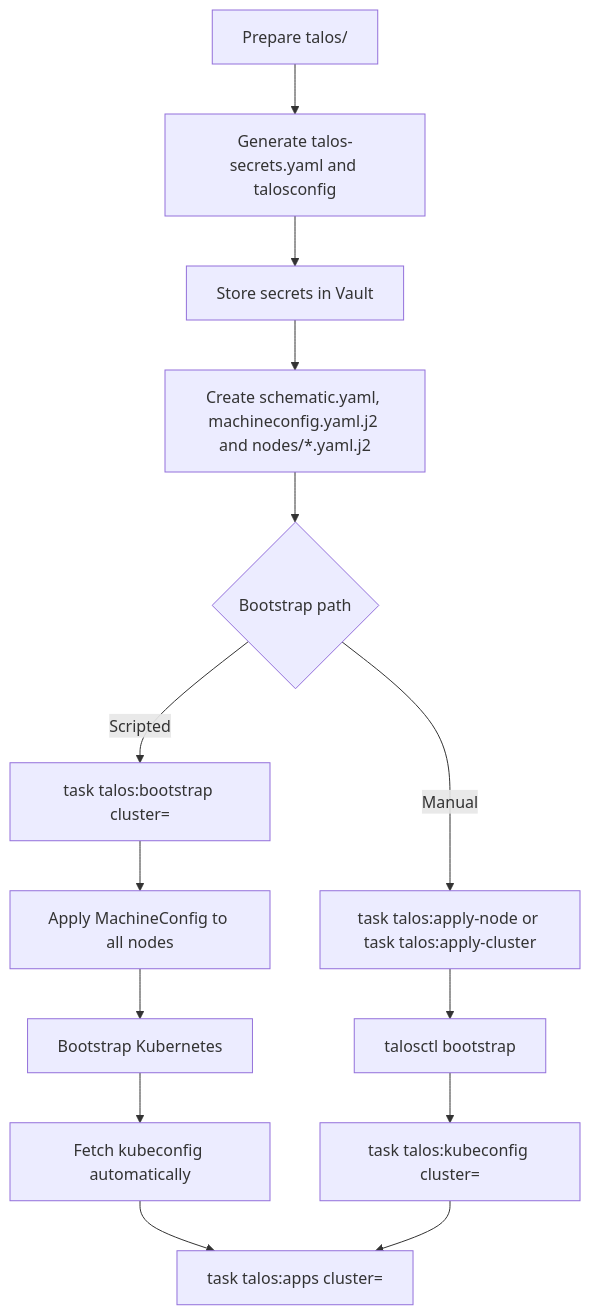
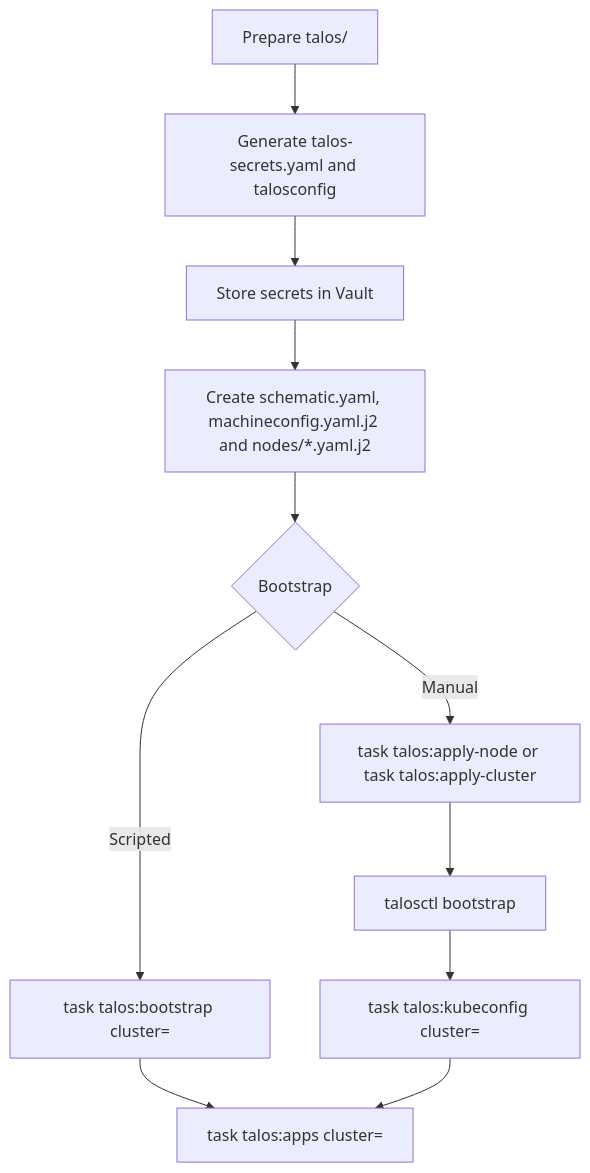
One commit to sstr-dev/infrastructure changed the diagram in talos/README.md. Above: the diagram before and after it, drawn with Mermaid.

Commit message:
simplify flowchart

````diff
--- a/talos/README.md
+++ b/talos/README.md
@@ -119,16 +119,13 @@
 ```mermaid
 flowchart TD
     A[Prepare talos/<cluster>] --> B[Generate talos-secrets.yaml and talosconfig]
     B --> C[Store secrets in Vault]
     C --> D[Create schematic.yaml, machineconfig.yaml.j2 and nodes/*.yaml.j2]
-    D --> E{Bootstrap path}
+    D --> E{Bootstrap}
     E -->|Scripted| F[task talos:bootstrap cluster=<cluster>]
-    F --> G[Apply MachineConfig to all nodes]
-    G --> H[Bootstrap Kubernetes]
-    H --> I[Fetch kubeconfig automatically]
-    I --> J[task talos:apps cluster=<cluster>]
+    F --> J[task talos:apps cluster=<cluster>]
     E -->|Manual| K[task talos:apply-node or task talos:apply-cluster]
     K --> L[talosctl bootstrap]
     L --> M[task talos:kubeconfig cluster=<cluster>]
     M --> J
 ```
````
